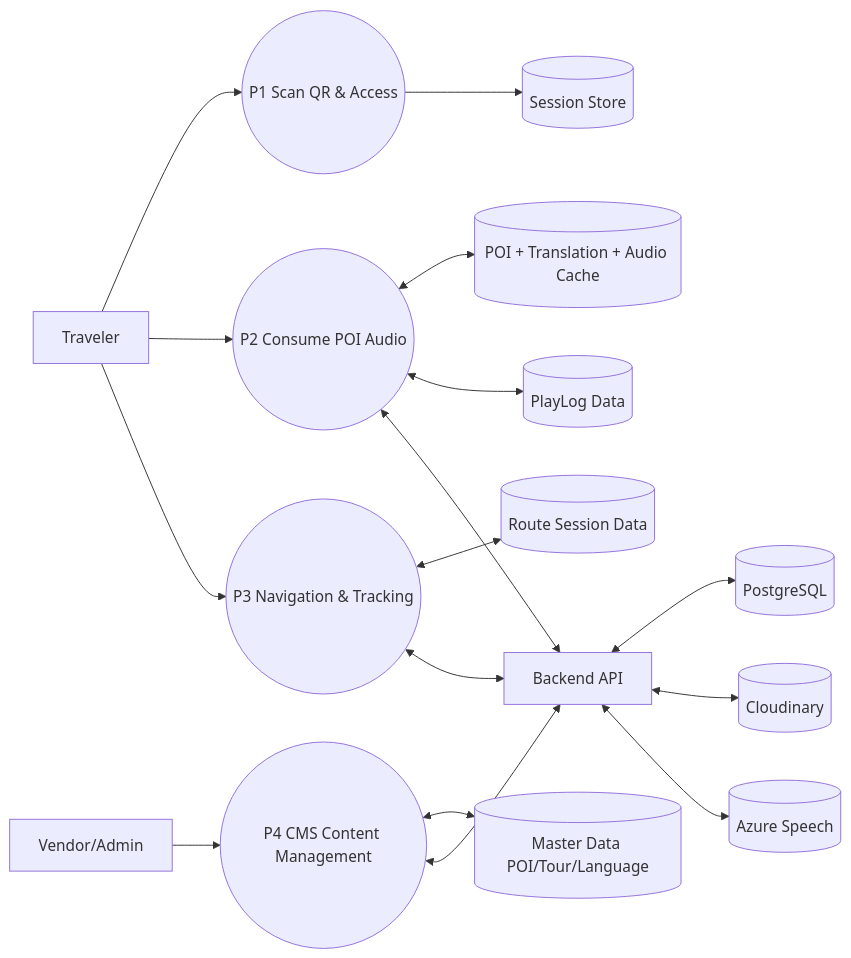
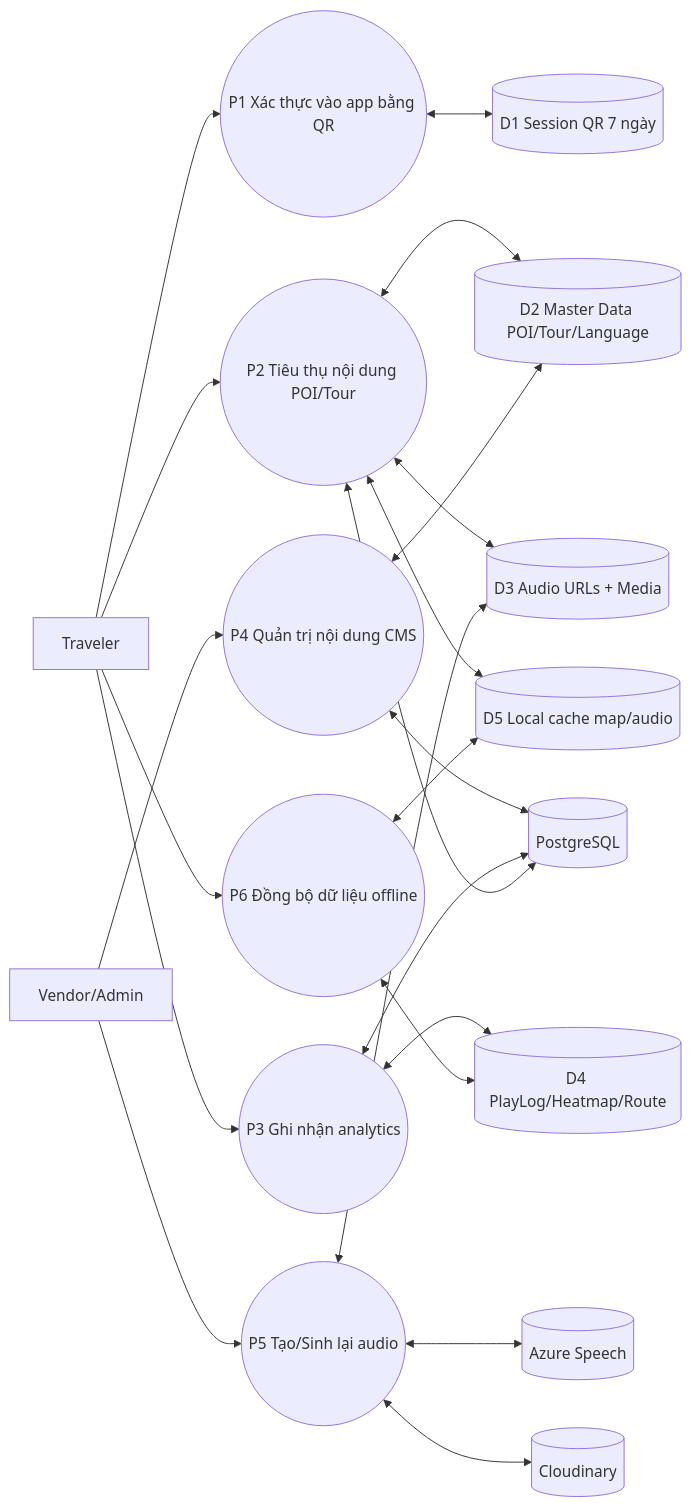
Before and after one commit to EricHoang28092k5/SmartTour: diagram 13 of 13 in PRD_SmartTour.md, drawn with Mermaid. The commit also changed other lines of this file, not shown here.

````diff
--- a/PRD_SmartTour.md
+++ b/PRD_SmartTour.md
@@ -305,20 +628,45 @@
 ```mermaid
 flowchart LR
-    U[Traveler] --> P1((P1 Scan QR & Access))
-    U --> P2((P2 Consume POI Audio))
-    U --> P3((P3 Navigation & Tracking))
-    V[Vendor/Admin] --> P4((P4 CMS Content Management))
+    Traveler[Traveler]
+    Vendor[Vendor/Admin]
 
-    P1 --> D1[(Session Store)]
-    P2 <--> D2[(POI + Translation + Audio Cache)]
-    P2 <--> D3[(PlayLog Data)]
-    P3 <--> D4[(Route Session Data)]
-    P4 <--> D5[(Master Data POI/Tour/Language)]
+    P1((P1 Xác thực vào app bằng QR))
+    P2((P2 Tiêu thụ nội dung POI/Tour))
+    P3((P3 Ghi nhận analytics))
+    P4((P4 Quản trị nội dung CMS))
+    P5((P5 Tạo/Sinh lại audio))
+    P6((P6 Đồng bộ dữ liệu offline))
 
-    P2 <--> API[Backend API]
-    P3 <--> API
-    P4 <--> API
-    API <--> DB[(PostgreSQL)]
-    API <--> CLD[(Cloudinary)]
-    API <--> TTS[(Azure Speech)]
+    D1[(D1 Session QR 7 ngày)]
+    D2[(D2 Master Data POI/Tour/Language)]
+    D3[(D3 Audio URLs + Media)]
+    D4[(D4 PlayLog/Heatmap/Route)]
+    D5[(D5 Local cache map/audio)]
+
+    EXT1[(Azure Speech)]
+    EXT2[(Cloudinary)]
+    EXT3[(PostgreSQL)]
+
+    Traveler --> P1
+    Traveler --> P2
+    Traveler --> P3
+    Traveler --> P6
+    Vendor --> P4
+    Vendor --> P5
+
+    P1 <--> D1
+    P2 <--> D2
+    P2 <--> D3
+    P2 <--> D5
+    P3 <--> D4
+    P4 <--> D2
+    P5 <--> D3
+    P6 <--> D4
+    P6 <--> D5
+
+    P4 <--> EXT3
+    P5 <--> EXT1
+    P5 <--> EXT2
+    P3 <--> EXT3
+    P2 <--> EXT3
 ```
````
